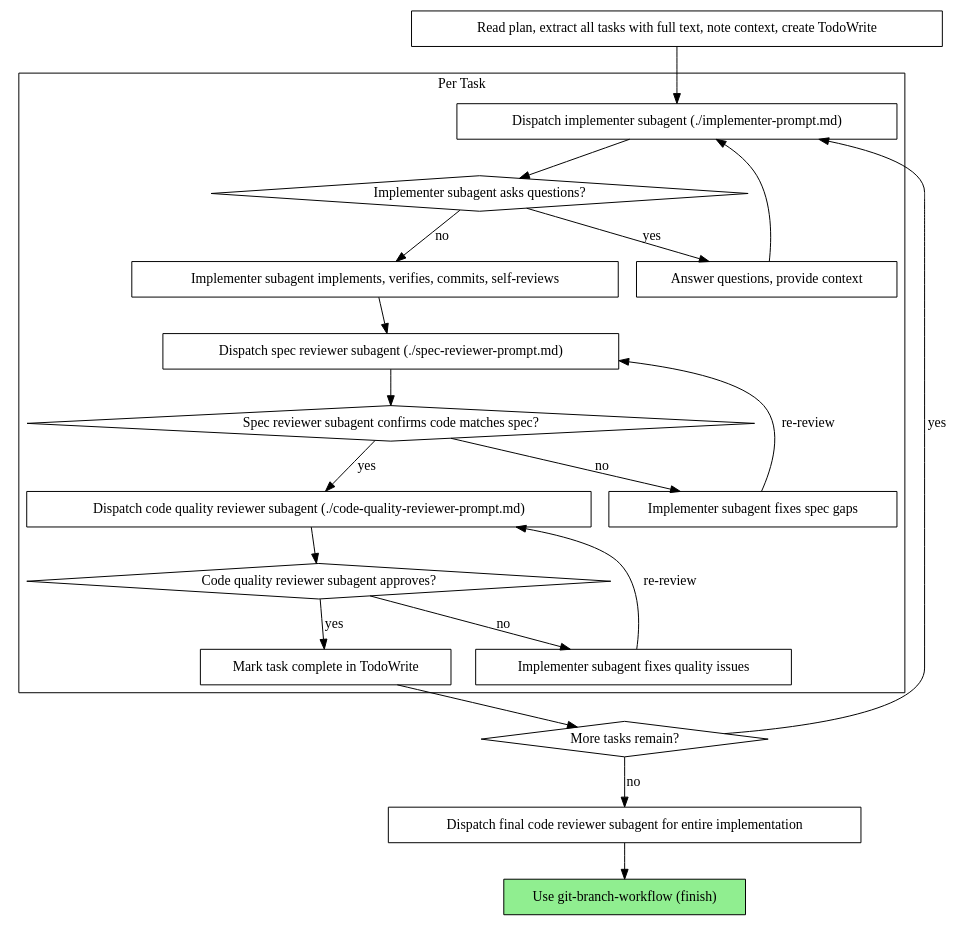
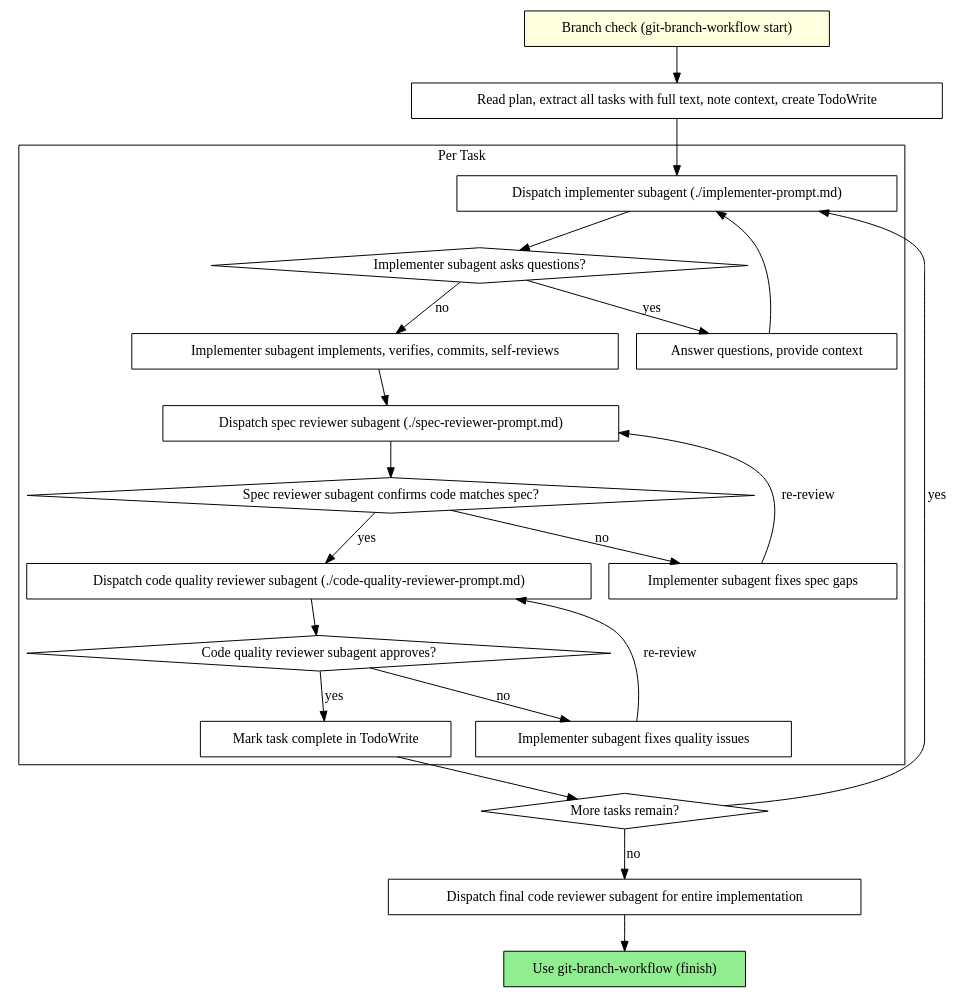
One commit to antoinecolin-voodoo/colinpowers changed the second of 2 diagrams in skills/subagent-development/SKILL.md. Above: the diagram before and after it, drawn with Graphviz. The commit also changed other lines of this file and 4 other files, not shown here.

First line of the commit message:
fix: ensure git-branch-workflow is invoked before any commits

````diff
--- a/skills/subagent-development/SKILL.md
+++ b/skills/subagent-development/SKILL.md
@@ -42,44 +42,46 @@
 ```dot
 digraph process {
     rankdir=TB;
 
     subgraph cluster_per_task {
         label="Per Task";
         "Dispatch implementer subagent (./implementer-prompt.md)" [shape=box];
         "Implementer subagent asks questions?" [shape=diamond];
         "Answer questions, provide context" [shape=box];
         "Implementer subagent implements, verifies, commits, self-reviews" [shape=box];
         "Dispatch spec reviewer subagent (./spec-reviewer-prompt.md)" [shape=box];
         "Spec reviewer subagent confirms code matches spec?" [shape=diamond];
         "Implementer subagent fixes spec gaps" [shape=box];
         "Dispatch code quality reviewer subagent (./code-quality-reviewer-prompt.md)" [shape=box];
         "Code quality reviewer subagent approves?" [shape=diamond];
         "Implementer subagent fixes quality issues" [shape=box];
         "Mark task complete in TodoWrite" [shape=box];
     }
 
+    "Branch check (git-branch-workflow start)" [shape=box style=filled fillcolor=lightyellow];
     "Read plan, extract all tasks with full text, note context, create TodoWrite" [shape=box];
     "More tasks remain?" [shape=diamond];
     "Dispatch final code reviewer subagent for entire implementation" [shape=box];
     "Use git-branch-workflow (finish)" [shape=box style=filled fillcolor=lightgreen];
 
+    "Branch check (git-branch-workflow start)" -> "Read plan, extract all tasks with full text, note context, create TodoWrite";
     "Read plan, extract all tasks with full text, note context, create TodoWrite" -> "Dispatch implementer subagent (./implementer-prompt.md)";
     "Dispatch implementer subagent (./implementer-prompt.md)" -> "Implementer subagent asks questions?";
     "Implementer subagent asks questions?" -> "Answer questions, provide context" [label="yes"];
     "Answer questions, provide context" -> "Dispatch implementer subagent (./implementer-prompt.md)";
     "Implementer subagent asks questions?" -> "Implementer subagent implements, verifies, commits, self-reviews" [label="no"];
     "Implementer subagent implements, verifies, commits, self-reviews" -> "Dispatch spec reviewer subagent (./spec-reviewer-prompt.md)";
     "Dispatch spec reviewer subagent (./spec-reviewer-prompt.md)" -> "Spec reviewer subagent confirms code matches spec?";
     "Spec reviewer subagent confirms code matches spec?" -> "Implementer subagent fixes spec gaps" [label="no"];
     "Implementer subagent fixes spec gaps" -> "Dispatch spec reviewer subagent (./spec-reviewer-prompt.md)" [label="re-review"];
     "Spec reviewer subagent confirms code matches spec?" -> "Dispatch code quality reviewer subagent (./code-quality-reviewer-prompt.md)" [label="yes"];
     "Dispatch code quality reviewer subagent (./code-quality-reviewer-prompt.md)" -> "Code quality reviewer subagent approves?";
     "Code quality reviewer subagent approves?" -> "Implementer subagent fixes quality issues" [label="no"];
     "Implementer subagent fixes quality issues" -> "Dispatch code quality reviewer subagent (./code-quality-reviewer-prompt.md)" [label="re-review"];
     "Code quality reviewer subagent approves?" -> "Mark task complete in TodoWrite" [label="yes"];
     "Mark task complete in TodoWrite" -> "More tasks remain?";
     "More tasks remain?" -> "Dispatch implementer subagent (./implementer-prompt.md)" [label="yes"];
     "More tasks remain?" -> "Dispatch final code reviewer subagent for entire implementation" [label="no"];
     "Dispatch final code reviewer subagent for entire implementation" -> "Use git-branch-workflow (finish)";
 }
 ```
````
